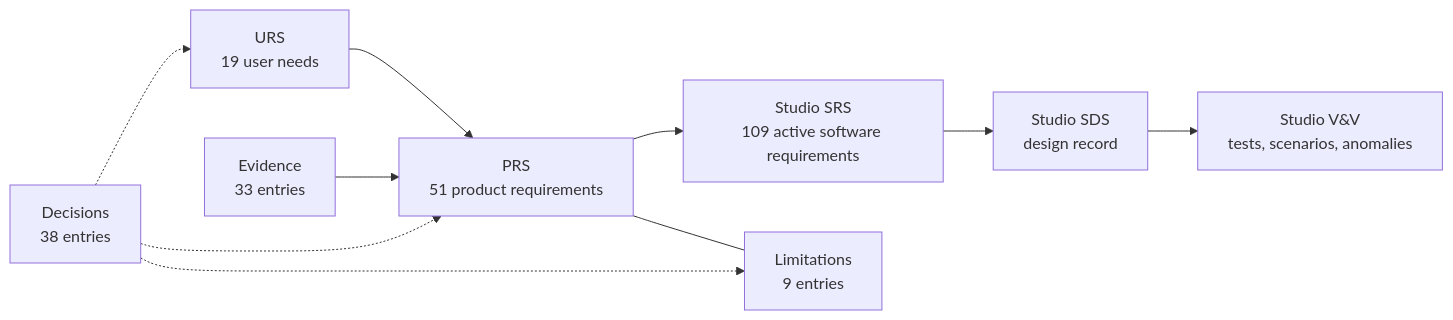
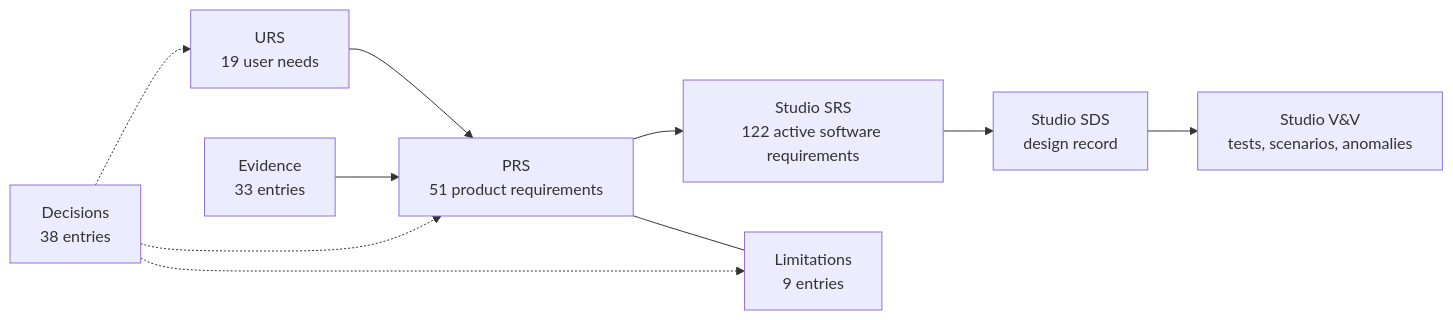
The diagram in docs/VV.Gcam.Overview.md (Jwlee-IL/G-CAM-Simulator), drawn with Mermaid before and after one commit. The commit also changed other lines of this file and 28 other files, not shown here.

````diff
--- a/docs/VV.Gcam.Overview.md
+++ b/docs/VV.Gcam.Overview.md
@@ -93,12 +93,12 @@
 ```mermaid
 flowchart LR
     URS["URS<br/>19 user needs"] --> PRS["PRS<br/>51 product requirements"]
-    PRS --> SRS["Studio SRS<br/>109 active software requirements"]
+    PRS --> SRS["Studio SRS<br/>122 active software requirements"]
     SRS --> SDS["Studio SDS<br/>design record"]
     SDS --> VVS["Studio V&V<br/>tests, scenarios, anomalies"]
     EV["Evidence<br/>33 entries"] --> PRS
     PRS --- LIM["Limitations<br/>9 entries"]
     DEC["Decisions<br/>38 entries"] -.-> URS
     DEC -.-> PRS
     DEC -.-> LIM
 ```
````
